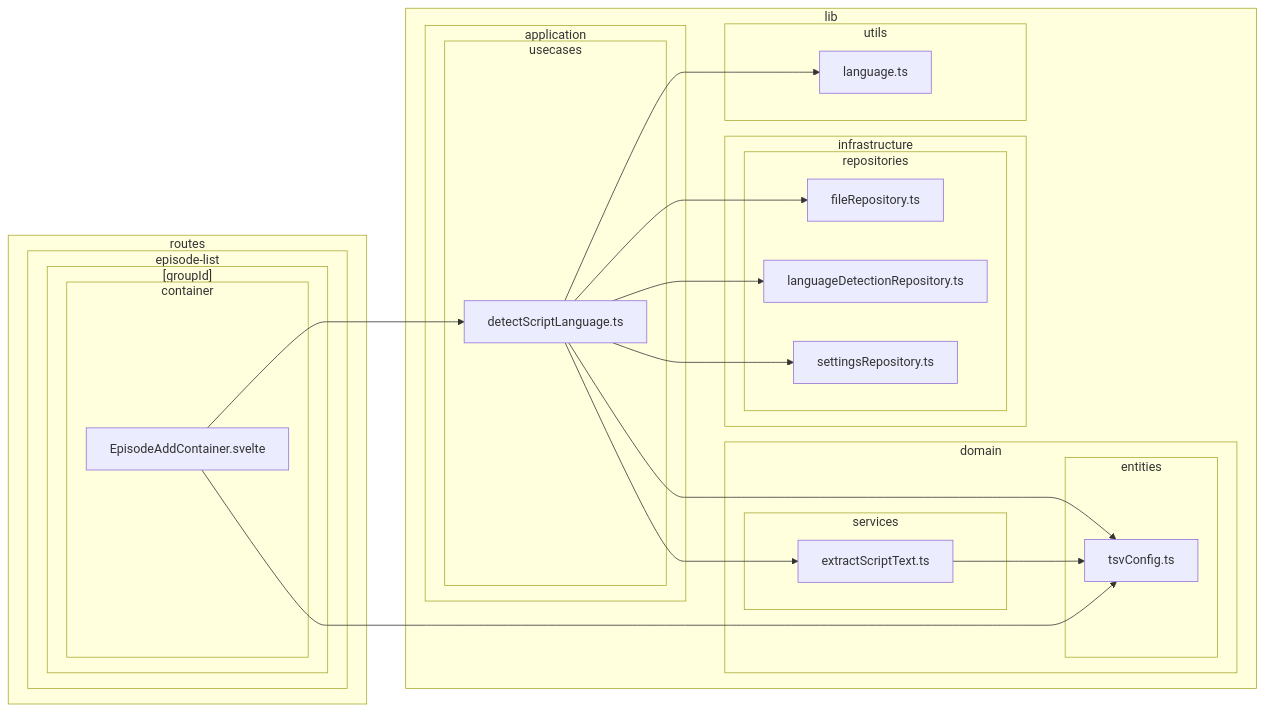
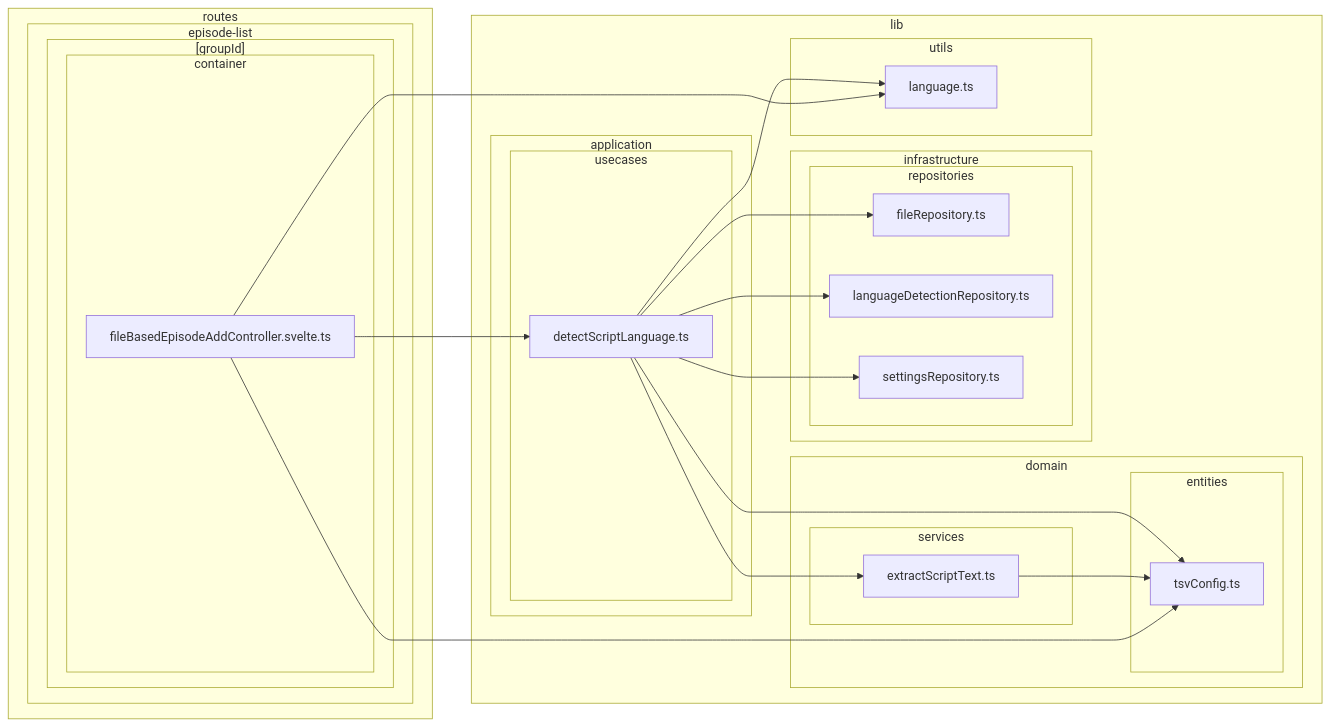
One commit to k5n/kotonoha changed diagram 11 of 38 in doc/dependency-graph.md. Above: the diagram before and after it, drawn with Mermaid. The commit also changed other lines of this file and 6 other files, not shown here.

Commit message:
refactor: remove fileBasedEpisodeAddStore and implement fileBasedEpisodeAddController for episode addition

````diff
--- a/doc/dependency-graph.md
+++ b/doc/dependency-graph.md
@@ -497,46 +499,47 @@
 ```mermaid
 graph LR
         subgraph sg_lib ["lib"]
             subgraph sg_lib_application ["application"]
                 subgraph sg_lib_application_usecases ["usecases"]
                     src_lib_application_usecases_detectScriptLanguage_ts["detectScriptLanguage.ts"]
                 end
             end
             subgraph sg_lib_domain ["domain"]
                 subgraph sg_lib_domain_entities ["entities"]
                     src_lib_domain_entities_tsvConfig_ts["tsvConfig.ts"]
                 end
                 subgraph sg_lib_domain_services ["services"]
                     src_lib_domain_services_extractScriptText_ts["extractScriptText.ts"]
                 end
             end
             subgraph sg_lib_infrastructure ["infrastructure"]
                 subgraph sg_lib_infrastructure_repositories ["repositories"]
                     src_lib_infrastructure_repositories_fileRepository_ts["fileRepository.ts"]
                     src_lib_infrastructure_repositories_languageDetectionRepository_ts["languageDetectionRepository.ts"]
                     src_lib_infrastructure_repositories_settingsRepository_ts["settingsRepository.ts"]
                 end
             end
             subgraph sg_lib_utils ["utils"]
                 src_lib_utils_language_ts["language.ts"]
             end
         end
         subgraph sg_routes ["routes"]
             subgraph sg_routes_episode_list ["episode-list"]
                 subgraph sg_routes_episode_list__groupId_ ["[groupId]"]
                     subgraph sg_routes_episode_list__groupId__container ["container"]
-                        src_routes_episode_list__groupId__container_EpisodeAddContainer_svelte["EpisodeAddContainer.svelte"]
+                        src_routes_episode_list__groupId__container_fileBasedEpisodeAddController_svelte_ts["fileBasedEpisodeAddController.svelte.ts"]
                     end
                 end
             end
         end
     src_lib_application_usecases_detectScriptLanguage_ts --> src_lib_domain_entities_tsvConfig_ts
     src_lib_application_usecases_detectScriptLanguage_ts --> src_lib_domain_services_extractScriptText_ts
     src_lib_application_usecases_detectScriptLanguage_ts --> src_lib_infrastructure_repositories_fileRepository_ts
     src_lib_application_usecases_detectScriptLanguage_ts --> src_lib_infrastructure_repositories_languageDetectionRepository_ts
     src_lib_application_usecases_detectScriptLanguage_ts --> src_lib_infrastructure_repositories_settingsRepository_ts
     src_lib_application_usecases_detectScriptLanguage_ts --> src_lib_utils_language_ts
     src_lib_domain_services_extractScriptText_ts --> src_lib_domain_entities_tsvConfig_ts
-    src_routes_episode_list__groupId__container_EpisodeAddContainer_svelte --> src_lib_application_usecases_detectScriptLanguage_ts
-    src_routes_episode_list__groupId__container_EpisodeAddContainer_svelte --> src_lib_domain_entities_tsvConfig_ts
+    src_routes_episode_list__groupId__container_fileBasedEpisodeAddController_svelte_ts --> src_lib_application_usecases_detectScriptLanguage_ts
+    src_routes_episode_list__groupId__container_fileBasedEpisodeAddController_svelte_ts --> src_lib_domain_entities_tsvConfig_ts
+    src_routes_episode_list__groupId__container_fileBasedEpisodeAddController_svelte_ts --> src_lib_utils_language_ts
 ```
````
